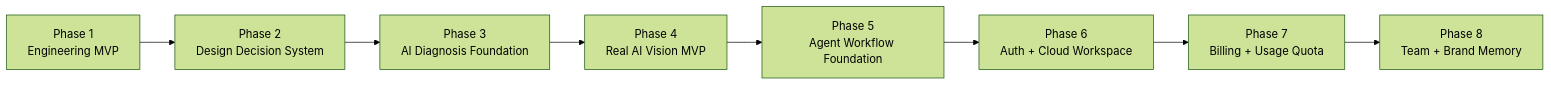
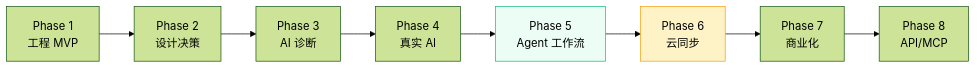
One commit to liuanye9-lab/vibe-design-translator changed diagram 16 of 17 in README.md. Above: the diagram before and after it, drawn with Mermaid (forest theme). The commit also changed other lines of this file, not shown here.

````diff
--- a/README.md
+++ b/README.md
@@ -709,10 +501,13 @@
 ```mermaid
-flowchart LR
-    A[Phase 1<br/>Engineering MVP] --> B[Phase 2<br/>Design Decision System]
-    B --> C[Phase 3<br/>AI Diagnosis Foundation]
-    C --> D[Phase 4<br/>Real AI Vision MVP]
-    D --> E[Phase 5<br/>Agent Workflow Foundation]
-    E --> F[Phase 6<br/>Auth + Cloud Workspace]
-    F --> G[Phase 7<br/>Billing + Usage Quota]
-    G --> H[Phase 8<br/>Team + Brand Memory]
+graph LR
+    A["Phase 1<br/>工程 MVP"] --> B["Phase 2<br/>设计决策"]
+    B --> C["Phase 3<br/>AI 诊断"]
+    C --> D["Phase 4<br/>真实 AI"]
+    D --> E["Phase 5<br/>Agent 工作流"]
+    E --> F["Phase 6<br/>云同步"]
+    F --> G["Phase 7<br/>商业化"]
+    G --> H["Phase 8<br/>API/MCP"]
+    
+    style E fill:#ecfdf5,stroke:#10b981
+    style F fill:#fef3c7,stroke:#f59e0b
 ```
````
